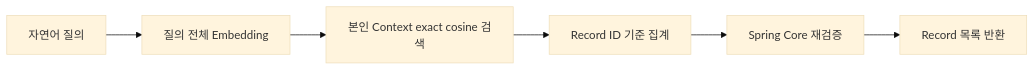
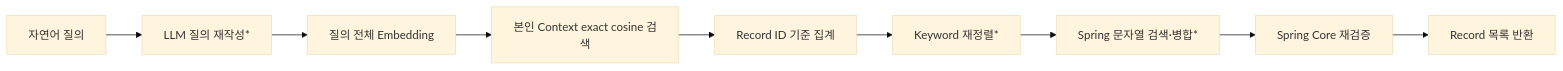
Before and after one commit to Team-PinLog/front: the third of 3 diagrams in docs/reference/05_AI_설계.md, drawn with Mermaid (base theme). The commit also changed other lines of this file and 3 other files, not shown here.

````diff
--- a/docs/reference/05_AI_설계.md
+++ b/docs/reference/05_AI_설계.md
@@ -586,8 +586,11 @@
 ```mermaid
 flowchart LR
-    Q[자연어 질의] --> E[질의 전체 Embedding]
+    Q[자연어 질의] --> RW[LLM 질의 재작성*]
+    RW --> E[질의 전체 Embedding]
     E --> C[본인 Context exact cosine 검색]
     C --> G[Record ID 기준 집계]
-    G --> V[Spring Core 재검증]
+    G --> K[Keyword 재정렬*]
+    K --> S[Spring 문자열 검색·병합*]
+    S --> V[Spring Core 재검증]
     V --> R[Record 목록 반환]
 ```
````
